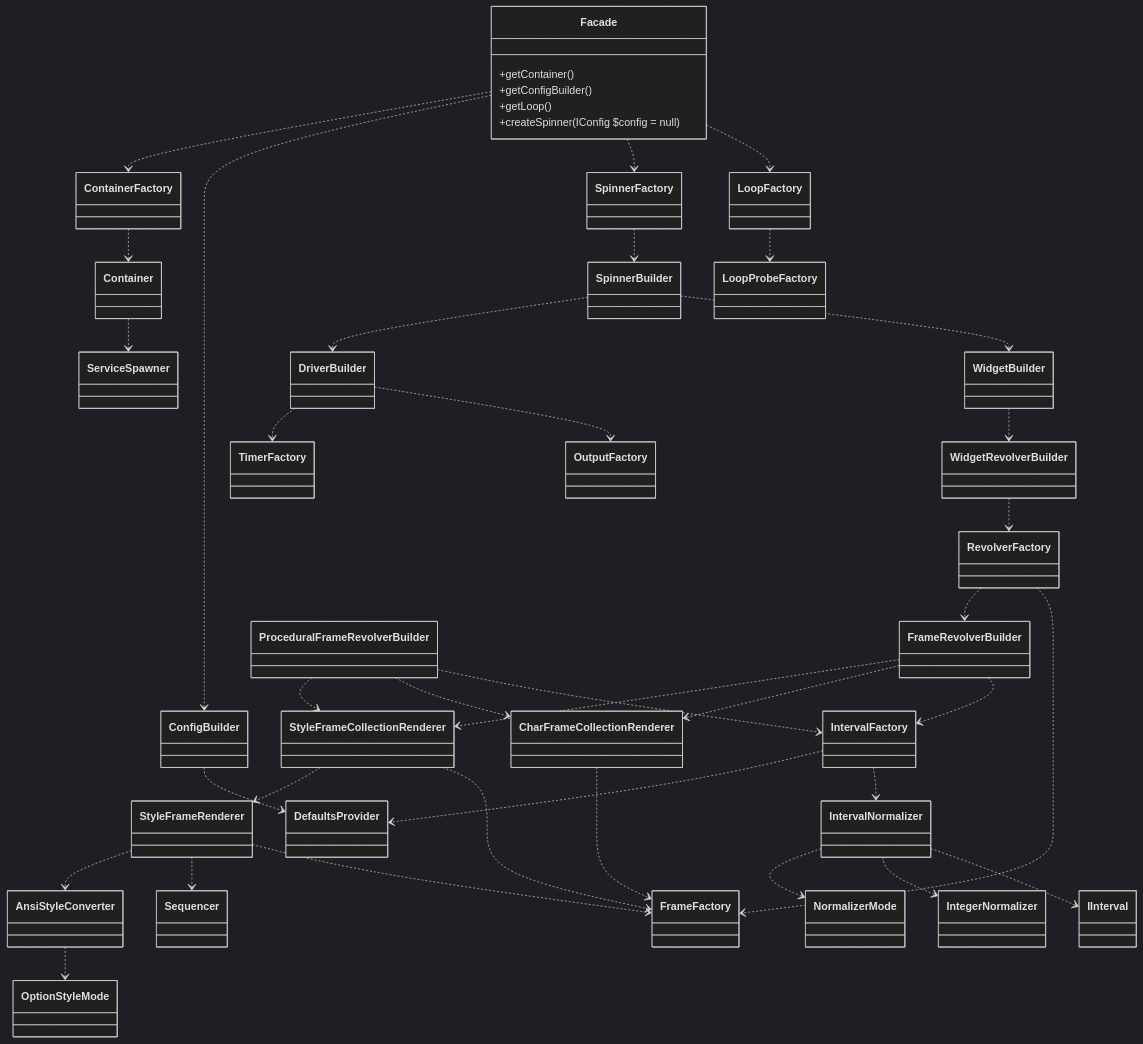
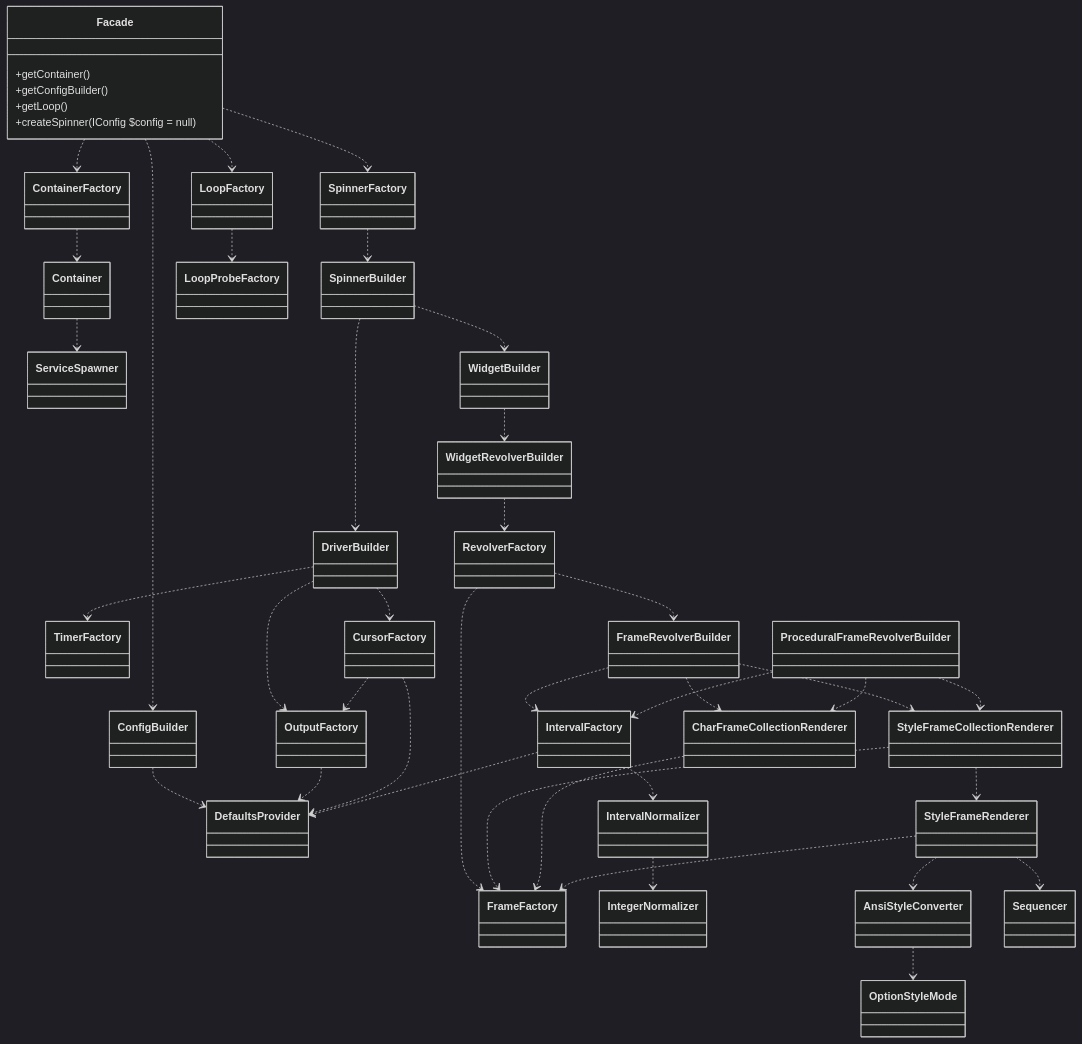
Before and after one commit to alecrabbit/php-console-spinner: the diagram in doc/info/hierarchy/services.md, drawn with Mermaid (dark theme). The commit also changed 9 other files, not shown here.

````diff
--- a/doc/info/hierarchy/services.md
+++ b/doc/info/hierarchy/services.md
@@ -3,66 +3,70 @@
 ```mermaid
 classDiagram
     direction TB
     Facade ..> ContainerFactory
     Facade ..> ConfigBuilder
     Facade ..> SpinnerFactory
     Facade ..> LoopFactory
     
     ContainerFactory ..> Container
     
     Container ..> ServiceSpawner
     
     class Facade {
         +getContainer()
         +getConfigBuilder()
         +getLoop()
         +createSpinner(IConfig $config = null)
     }
     
     SpinnerFactory ..> SpinnerBuilder
 
     ConfigBuilder ..> DefaultsProvider
 
     LoopFactory ..> LoopProbeFactory
     
     SpinnerBuilder ..> DriverBuilder
     SpinnerBuilder ..> WidgetBuilder
     
     DriverBuilder ..> TimerFactory
     DriverBuilder ..> OutputFactory
+    DriverBuilder ..> CursorFactory
+    
+    OutputFactory ..> DefaultsProvider
+    
+    CursorFactory ..> DefaultsProvider
+    CursorFactory ..> OutputFactory
     
     WidgetBuilder ..> WidgetRevolverBuilder
     
     WidgetRevolverBuilder ..> RevolverFactory
     
     RevolverFactory ..> FrameRevolverBuilder
     RevolverFactory ..> FrameFactory
     
     FrameRevolverBuilder ..> StyleFrameCollectionRenderer
     FrameRevolverBuilder ..> CharFrameCollectionRenderer
     FrameRevolverBuilder ..> IntervalFactory
     
     IntervalFactory ..> DefaultsProvider
     IntervalFactory ..> IntervalNormalizer
     
-    IntervalNormalizer ..> NormalizerMode
     IntervalNormalizer ..> IntegerNormalizer
-    IntervalNormalizer ..> IInterval
     
     StyleFrameCollectionRenderer ..> StyleFrameRenderer
     StyleFrameCollectionRenderer ..> FrameFactory
     
     CharFrameCollectionRenderer ..> FrameFactory
     
     StyleFrameRenderer ..> AnsiStyleConverter
     StyleFrameRenderer ..> Sequencer
     StyleFrameRenderer ..> FrameFactory
     
     AnsiStyleConverter ..> OptionStyleMode
     
     
     ProceduralFrameRevolverBuilder ..> StyleFrameCollectionRenderer
     ProceduralFrameRevolverBuilder ..> CharFrameCollectionRenderer
     ProceduralFrameRevolverBuilder ..> IntervalFactory
     
 ```
````
